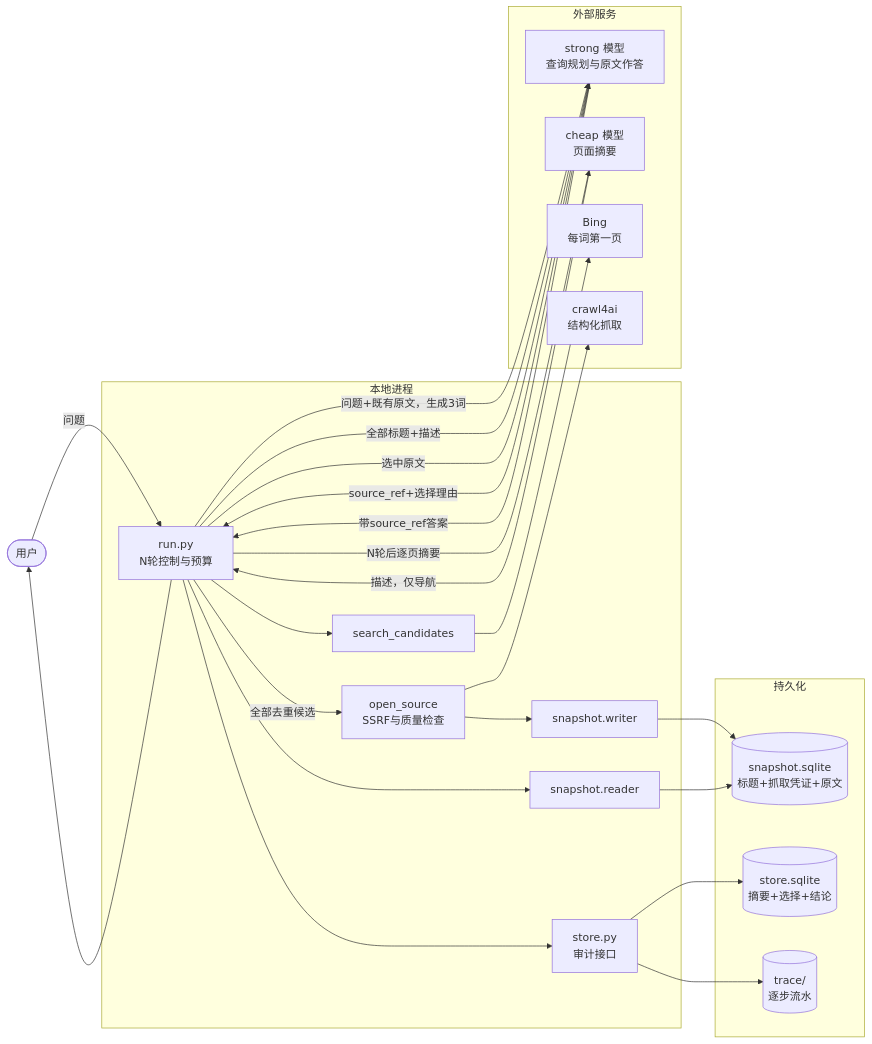
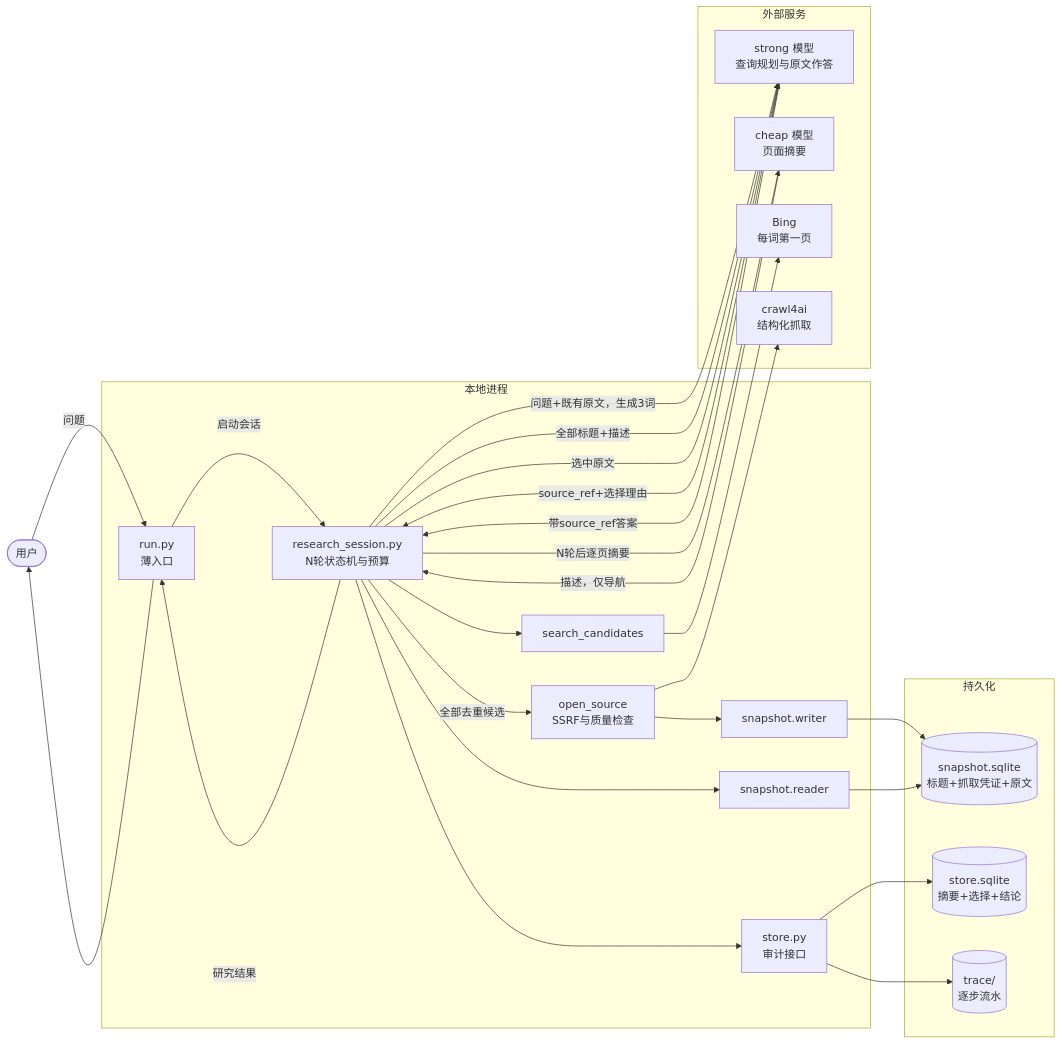
Before and after one commit to SuperCatQR/traceable-research-runtime: the second of 3 diagrams in docs/web-search-architecture.md, drawn with Mermaid. The commit also changed other lines of this file, not shown here.

Commit message:
docs: add research orchestration layer

````diff
--- a/docs/web-search-architecture.md
+++ b/docs/web-search-architecture.md
@@ -137,42 +141,45 @@
 ```mermaid
 flowchart LR
     U([用户])
 
     subgraph P["本地进程"]
-        R["run.py<br/>N轮控制与预算"]
+        R["run.py<br/>薄入口"]
+        X["research_session.py<br/>N轮状态机与预算"]
         SC["search_candidates"]
         OS["open_source<br/>SSRF与质量检查"]
         ST["store.py<br/>审计接口"]
         SW["snapshot.writer"]
         SR["snapshot.reader"]
     end
 
     subgraph E["外部服务"]
         S["strong 模型<br/>查询规划与原文作答"]
         C["cheap 模型<br/>页面摘要"]
         B["Bing<br/>每词第一页"]
         CR["crawl4ai<br/>结构化抓取"]
     end
 
     subgraph D["持久化"]
         SD[("snapshot.sqlite<br/>标题+抓取凭证+原文")]
         AD[("store.sqlite<br/>摘要+选择+结论")]
         TR[("trace/<br/>逐步流水")]
     end
 
     U -->|问题| R
-    R -->|问题+既有原文，生成3词| S
-    R --> SC --> B
-    R -->|全部去重候选| OS --> CR
+    R -->|启动会话| X
+    X -->|问题+既有原文，生成3词| S
+    X --> SC --> B
+    X -->|全部去重候选| OS --> CR
     OS --> SW --> SD
-    R --> SR --> SD
-    R -->|N轮后逐页摘要| C
-    C -->|描述，仅导航| R
-    R -->|全部标题+描述| S
-    S -->|source_ref+选择理由| R
-    R -->|选中原文| S
-    S -->|带source_ref答案| R
-    R --> ST --> AD
+    X --> SR --> SD
+    X -->|N轮后逐页摘要| C
+    C -->|描述，仅导航| X
+    X -->|全部标题+描述| S
+    S -->|source_ref+选择理由| X
+    X -->|选中原文| S
+    S -->|带source_ref答案| X
+    X --> ST --> AD
     ST --> TR
+    X -->|研究结果| R
     R --> U
 ```
````
